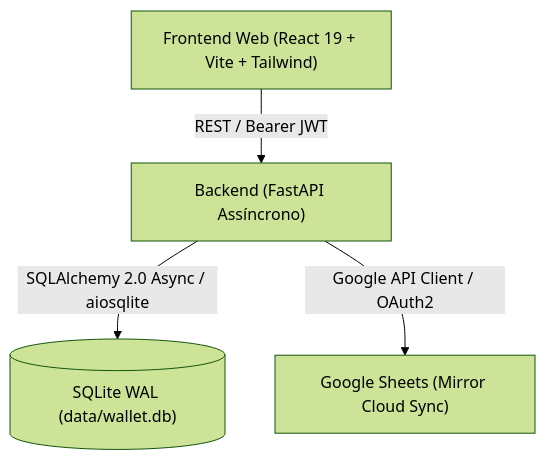
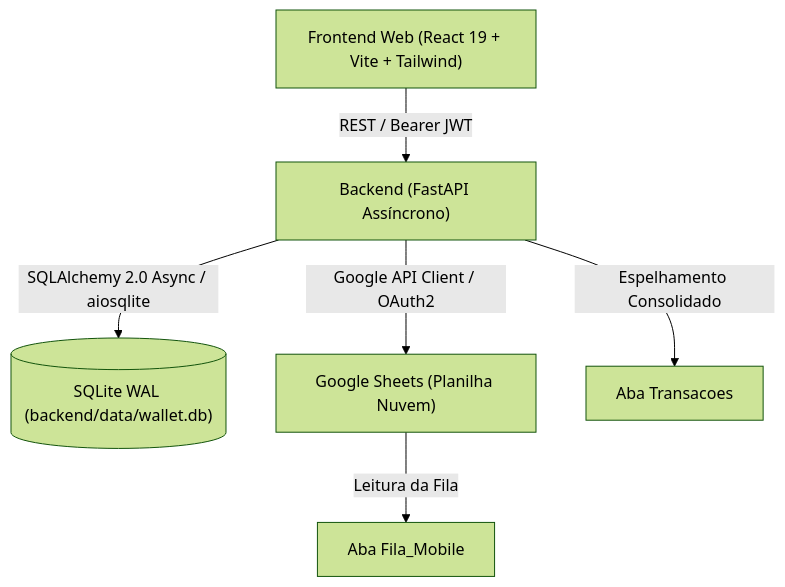
The diagram in .ai/ARCHITECTURE.md (jsilvaneto/wallet), drawn with Mermaid (forest theme) before and after one commit. The commit also changed other lines of this file and 7 other files, not shown here.

````diff
--- a/.ai/ARCHITECTURE.md
+++ b/.ai/ARCHITECTURE.md
@@ -5,6 +5,8 @@
 ```mermaid
 graph TD
     ClientWeb["Frontend Web (React 19 + Vite + Tailwind)"] -->|REST / Bearer JWT| FastApi["Backend (FastAPI Assíncrono)"]
-    FastApi -->|SQLAlchemy 2.0 Async / aiosqlite| DB[("SQLite WAL (data/wallet.db)")]
-    FastApi -->|Google API Client / OAuth2| GoogleSheets["Google Sheets (Mirror Cloud Sync)"]
+    FastApi -->|SQLAlchemy 2.0 Async / aiosqlite| DB[("SQLite WAL (backend/data/wallet.db)")]
+    FastApi -->|Google API Client / OAuth2| GoogleSheets["Google Sheets (Planilha Nuvem)"]
+    GoogleSheets -->|Leitura da Fila| FilaMobile["Aba Fila_Mobile"]
+    FastApi -->|Espelhamento Consolidado| AbaTransacoes["Aba Transacoes"]
 ```
````
